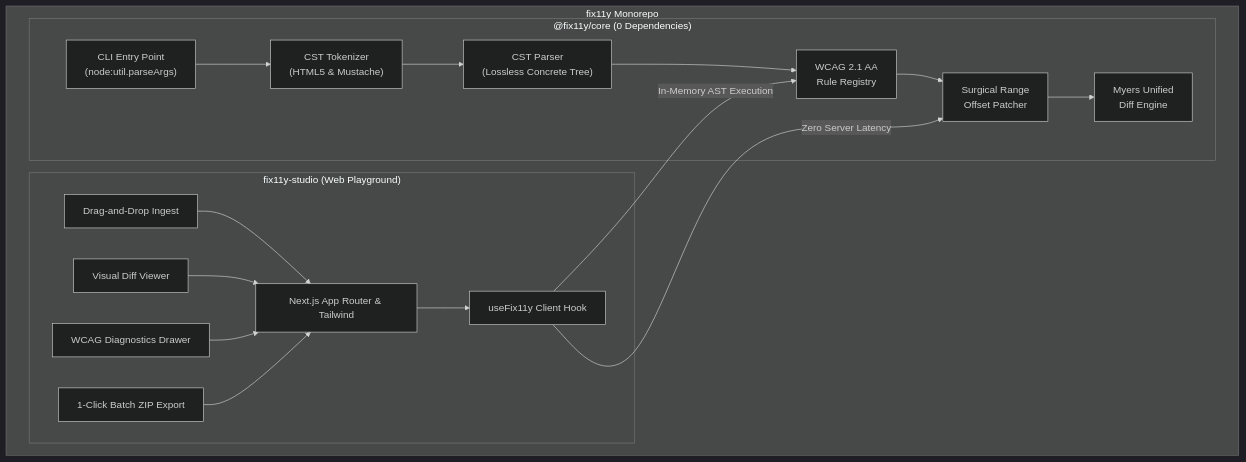
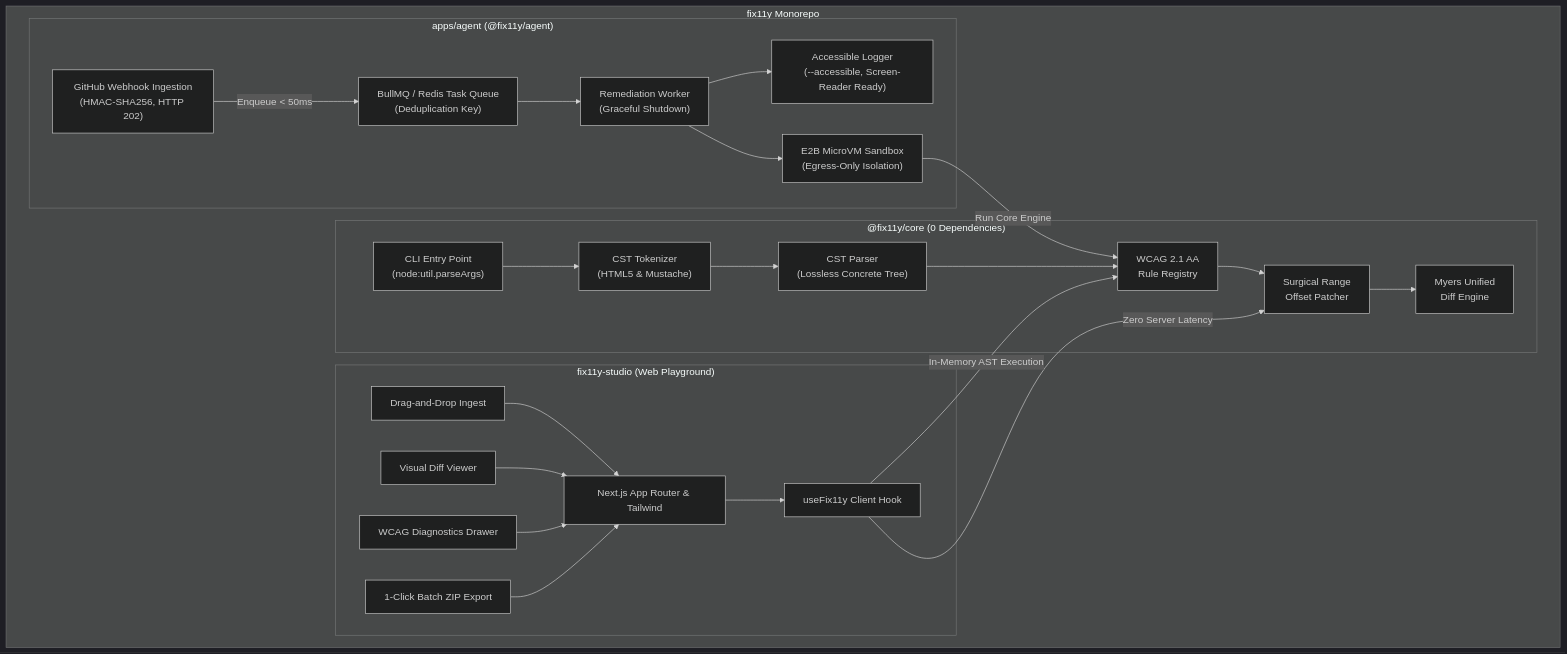
One commit to 13Dav-arc/fix11y changed the diagram in README.md. Above: the diagram before and after it, drawn with Mermaid (dark theme). The commit also changed other lines of this file and 41 other files, not shown here.

Commit message:
feat(agent): implement autonomous remediation agent with Gemini 2.5 Flash, Upstash BullMQ, and E2B sandboxing

````diff
--- a/README.md
+++ b/README.md
@@ -20,31 +21,45 @@
 ```mermaid
 flowchart TD
     subgraph fix11y Monorepo
         subgraph packages/core ["@fix11y/core (0 Dependencies)"]
             Tokenizer["CST Tokenizer<br/>(HTML5 & Mustache)"]
             Parser["CST Parser<br/>(Lossless Concrete Tree)"]
             Registry["WCAG 2.1 AA<br/>Rule Registry"]
             Patcher["Surgical Range<br/>Offset Patcher"]
             Myers["Myers Unified<br/>Diff Engine"]
             CLI["CLI Entry Point<br/>(node:util.parseArgs)"]
         end
 
         subgraph apps/studio ["fix11y-studio (Web Playground)"]
             Next["Next.js App Router & Tailwind"]
             Hook["useFix11y Client Hook"]
             Uploader["Drag-and-Drop Ingest"]
             DiffView["Visual Diff Viewer"]
             Drawer["WCAG Diagnostics Drawer"]
             Zip["1-Click Batch ZIP Export"]
         end
+
+        subgraph apps/agent ["apps/agent (@fix11y/agent)"]
+            Webhook["GitHub Webhook Ingestion<br/>(HMAC-SHA256, HTTP 202)"]
+            Queue["BullMQ / Redis Task Queue<br/>(Deduplication Key)"]
+            Worker["Remediation Worker<br/>(Graceful Shutdown)"]
+            Sandbox["E2B MicroVM Sandbox<br/>(Egress-Only Isolation)"]
+            A11yLog["Accessible Logger<br/>(--accessible, Screen-Reader Ready)"]
+        end
     end
 
     CLI --> Tokenizer --> Parser --> Registry --> Patcher --> Myers
     Hook -->|In-Memory AST Execution| Registry
     Hook -->|Zero Server Latency| Patcher
     Next --> Hook
     Uploader --> Next
     DiffView --> Next
     Drawer --> Next
     Zip --> Next
+
+    Webhook -->|Enqueue < 50ms| Queue
+    Queue --> Worker
+    Worker --> A11yLog
+    Worker --> Sandbox
+    Sandbox -->|Run Core Engine| Registry
 ```
````
